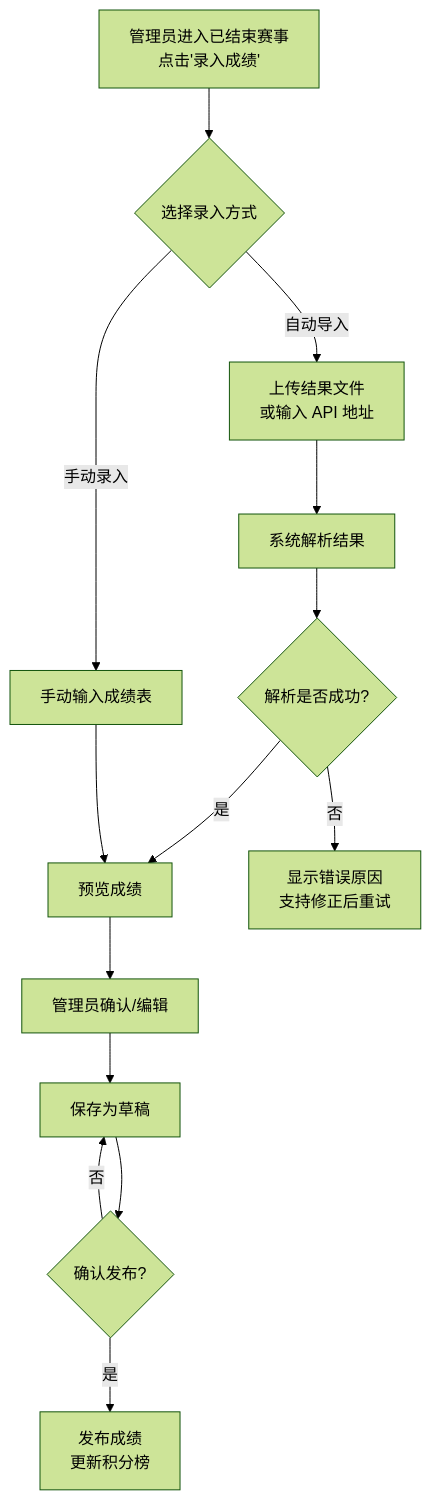
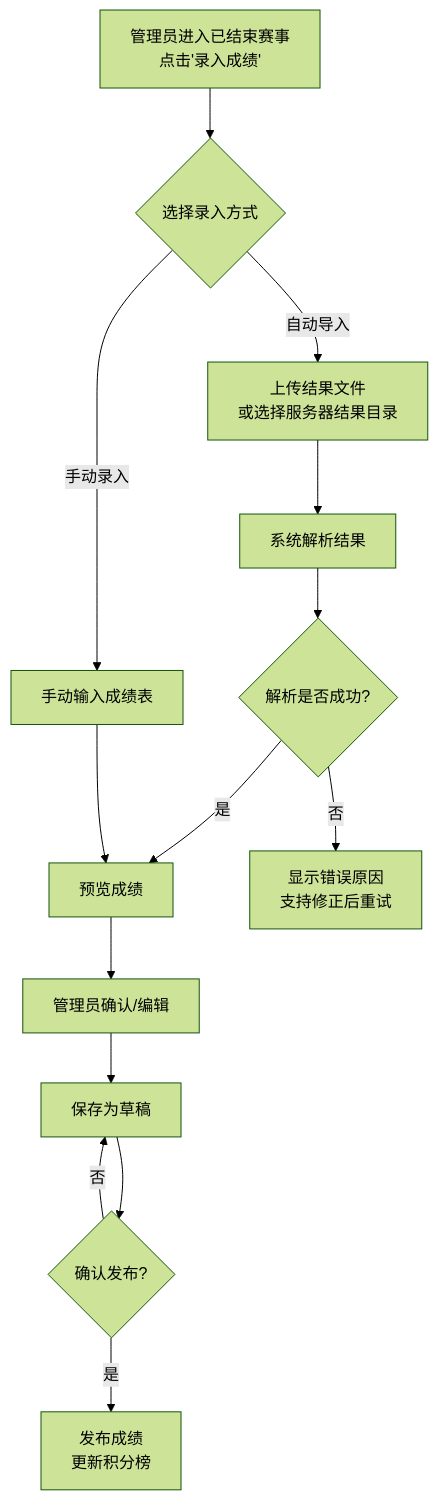
Diagram 11 of 13 in PRD.md (SagaLinZP/Racing-Arcade-Admin), drawn with Mermaid (forest theme) before and after one commit. The commit also changed other lines of this file and 34 other files, not shown here.

````diff
--- a/PRD.md
+++ b/PRD.md
@@ -1268,19 +1367,19 @@
 ```mermaid
 flowchart TD
     A[管理员进入已结束赛事<br/>点击'录入成绩'] --> B{选择录入方式}
-    
-    B -->|自动导入| C[上传结果文件<br/>或输入 API 地址]
+
+    B -->|自动导入| C[上传结果文件<br/>或选择服务器结果目录]
     B -->|手动录入| D[手动输入成绩表]
-    
+
     C --> E[系统解析结果]
     E --> F{解析是否成功?}
     F -->|是| G[预览成绩]
     F -->|否| F1[显示错误原因<br/>支持修正后重试]
-    
+
     D --> G
     G --> H[管理员确认/编辑]
     H --> I[保存为草稿]
     I --> J{确认发布?}
     J -->|是| K[发布成绩<br/>更新积分榜]
     J -->|否| I
 ```
````
